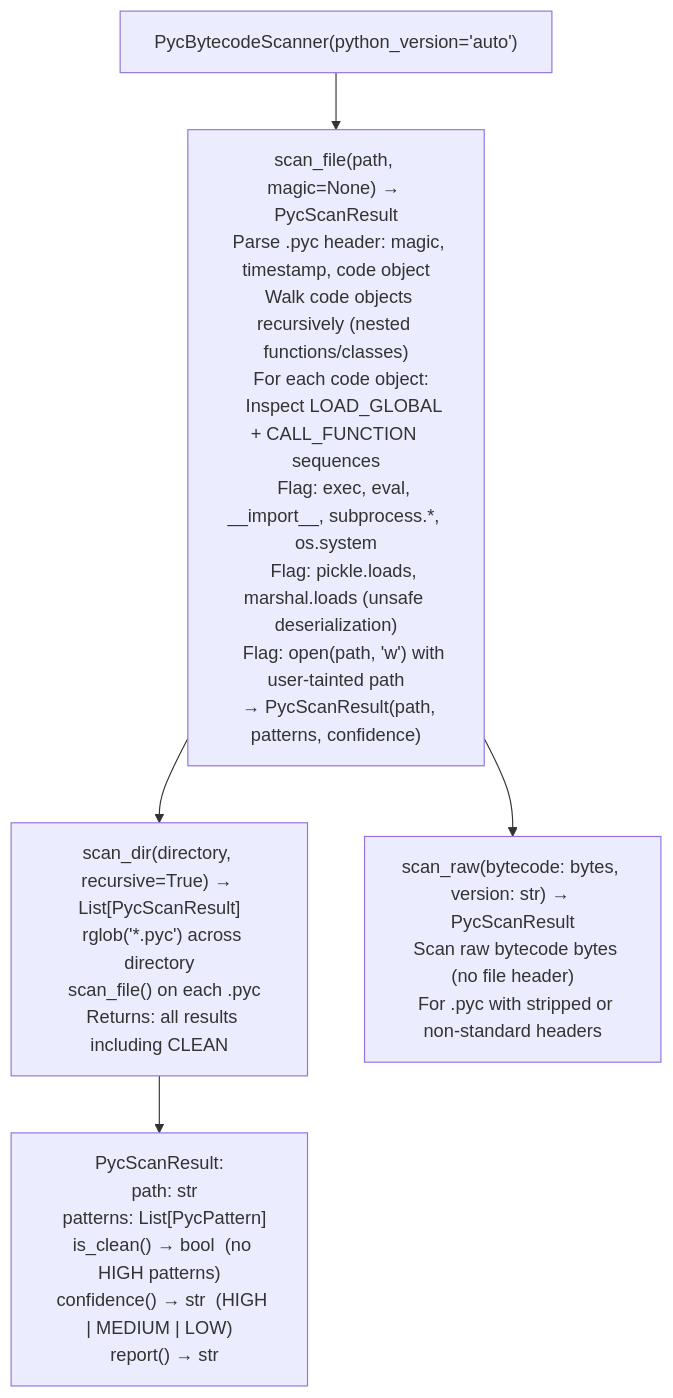
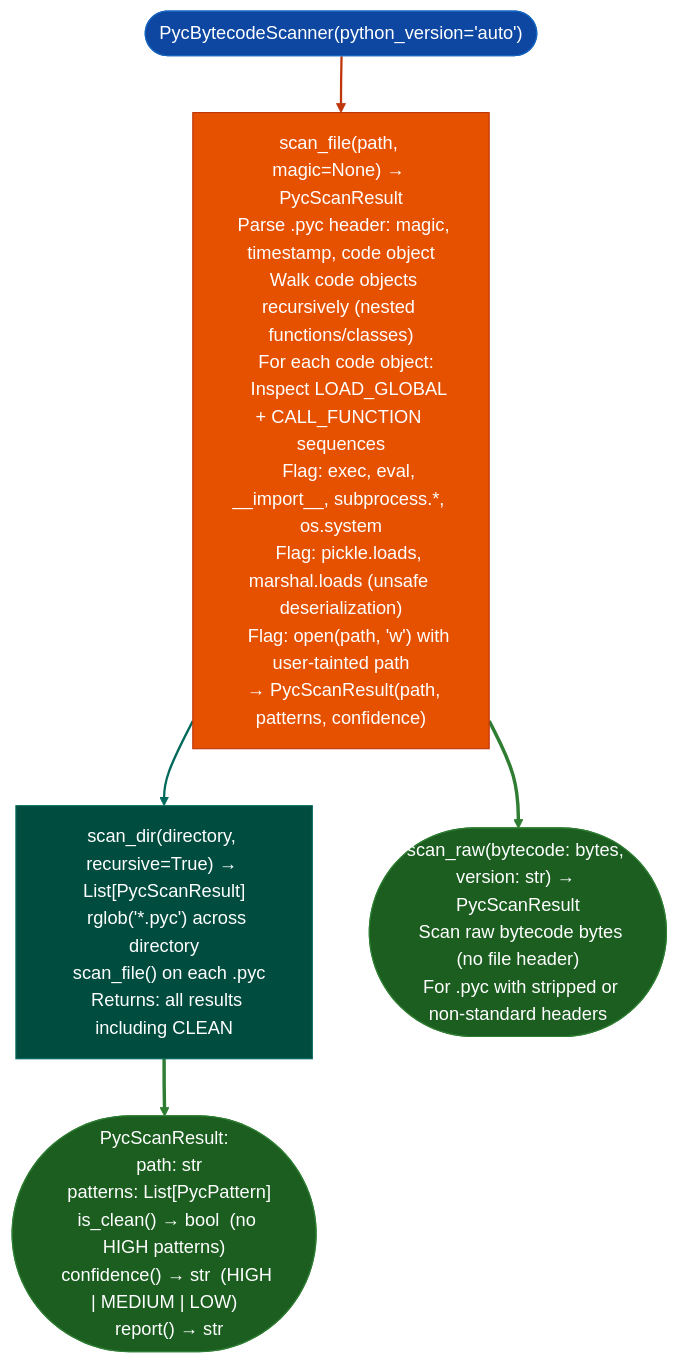
Before and after one commit to Ablation-Tool/ablation: the diagram in docs/reference-modules/cve-byte-signature-checks.md, drawn with Mermaid. The commit also changed 320 other files, not shown here.

First line of the commit message:
docs: apply canonical Mermaid template to all 321 diagrams

````diff
--- a/docs/reference-modules/cve-byte-signature-checks.md
+++ b/docs/reference-modules/cve-byte-signature-checks.md
@@ -19,7 +19,17 @@
 ```mermaid
 flowchart TD
-    A["PycBytecodeScanner(python_version='auto')"] --> B["scan_file(path, magic=None) → PycScanResult\n  Parse .pyc header: magic, timestamp, code object\n  Walk code objects recursively (nested functions/classes)\n  For each code object:\n    Inspect LOAD_GLOBAL + CALL_FUNCTION sequences\n    Flag: exec, eval, __import__, subprocess.*, os.system\n    Flag: pickle.loads, marshal.loads (unsafe deserialization)\n    Flag: open(path, 'w') with user-tainted path\n  → PycScanResult(path, patterns, confidence)"]
-    B --> C["scan_dir(directory, recursive=True) → List[PycScanResult]\n  rglob('*.pyc') across directory\n  scan_file() on each .pyc\n  Returns: all results including CLEAN"]
-    B --> D["scan_raw(bytecode: bytes, version: str) → PycScanResult\n  Scan raw bytecode bytes (no file header)\n  For .pyc with stripped or non-standard headers"]
-    C --> E["PycScanResult:\n  path: str\n  patterns: List[PycPattern]\n  is_clean() → bool  (no HIGH patterns)\n  confidence() → str  (HIGH | MEDIUM | LOW)\n  report() → str"]
+    A(["PycBytecodeScanner(python_version='auto')"]):::input --> B["scan_file(path, magic=None) → PycScanResult\n  Parse .pyc header: magic, timestamp, code object\n  Walk code objects recursively (nested functions/classes)\n  For each code object:\n    Inspect LOAD_GLOBAL + CALL_FUNCTION sequences\n    Flag: exec, eval, __import__, subprocess.*, os.system\n    Flag: pickle.loads, marshal.loads (unsafe deserialization)\n    Flag: open(path, 'w') with user-tainted path\n  → PycScanResult(path, patterns, confidence)"]:::primary
+    B:::primary --> C["scan_dir(directory, recursive=True) → List[PycScanResult]\n  rglob('*.pyc') across directory\n  scan_file() on each .pyc\n  Returns: all results including CLEAN"]:::secondary
+    B:::primary --> D(["scan_raw(bytecode: bytes, version: str) → PycScanResult\n  Scan raw bytecode bytes (no file header)\n  For .pyc with stripped or non-standard headers"]):::output
+    C:::secondary --> E(["PycScanResult:\n  path: str\n  patterns: List[PycPattern]\n  is_clean() → bool  (no HIGH patterns)\n  confidence() → str  (HIGH | MEDIUM | LOW)\n  report() → str"]):::output
+    classDef input     fill:#0d47a1,stroke:#1565c0,color:#fff
+    classDef primary   fill:#e65100,stroke:#bf360c,color:#fff
+    classDef secondary fill:#004d40,stroke:#00695c,color:#fff
+    classDef tertiary  fill:#4a148c,stroke:#6a1b9a,color:#fff
+    classDef neutral   fill:#37474f,stroke:#546e7a,color:#fff
+    classDef output    fill:#1b5e20,stroke:#2e7d32,color:#fff
+    linkStyle 0 stroke:#bf360c,stroke-width:2px
+    linkStyle 1 stroke:#00695c,stroke-width:2px
+    linkStyle 2 stroke:#2e7d32,stroke-width:3px
+    linkStyle 3 stroke:#2e7d32,stroke-width:3px
 ```
````
